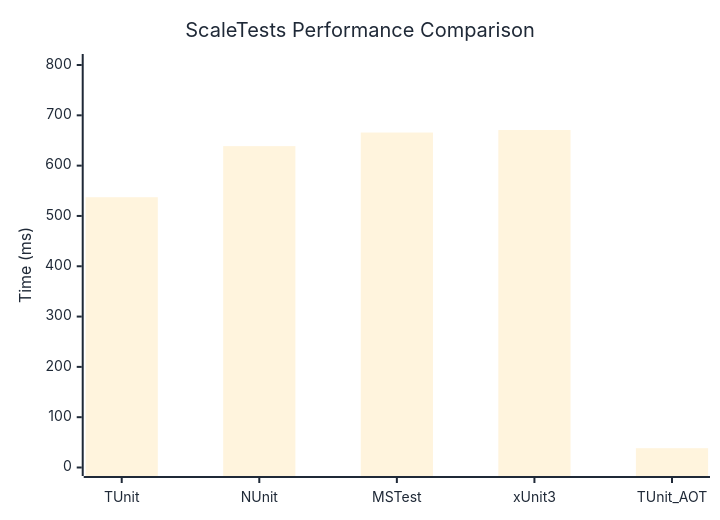
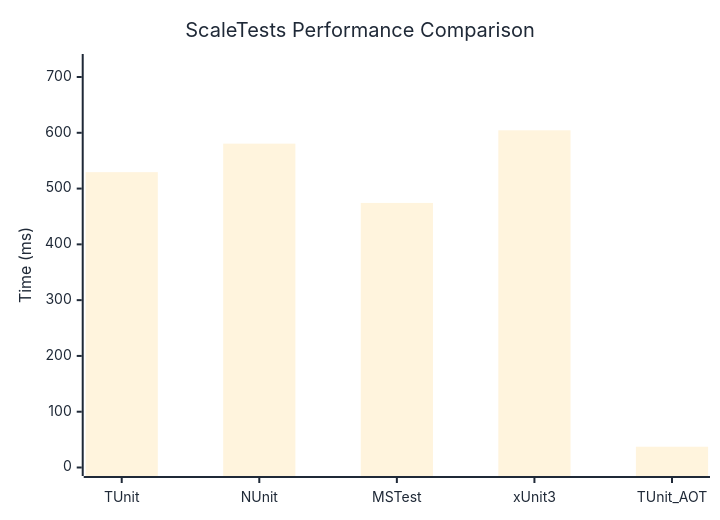
The diagram in docs/docs/benchmarks/ScaleTests.md (thomhurst/TUnit), drawn with Mermaid before and after one commit. The commit also changed other lines of this file and 17 other files, not shown here.

````diff
--- a/docs/docs/benchmarks/ScaleTests.md
+++ b/docs/docs/benchmarks/ScaleTests.md
@@ -27,37 +27,37 @@
 ```mermaid
 %%{init: {
   'theme':'base',
   'themeVariables': {
     'primaryColor': '#2563eb',
     'primaryTextColor': '#1f2937',
     'primaryBorderColor': '#1e40af',
     'lineColor': '#6b7280',
     'secondaryColor': '#7c3aed',
     'tertiaryColor': '#dc2626',
     'background': '#ffffff',
     'mainBkg': '#2563eb',
     'secondBkg': '#7c3aed',
     'tertiaryBkg': '#dc2626',
     'clusterBkg': '#f3f4f6',
     'edgeLabelBackground': '#ffffff',
     'tertiaryTextColor': '#1f2937',
     'pie1': '#2563eb',
     'pie2': '#7c3aed',
     'pie3': '#dc2626',
     'pie4': '#f59e0b',
     'pie5': '#10b981',
     'pie6': '#06b6d4',
     'pie7': '#ec4899',
     'pie8': '#6366f1',
     'pie9': '#84cc16',
     'pie10': '#f97316',
     'pie11': '#14b8a6',
     'pie12': '#a855f7'
   }
 }}%%
 xychart-beta
   title "ScaleTests Performance Comparison"
   x-axis ["TUnit", "NUnit", "MSTest", "xUnit3", "TUnit_AOT"]
-  y-axis "Time (ms)" 0 --> 805
-  bar [537.2, 638.79, 665.79, 670.78, 38.41]
+  y-axis "Time (ms)" 0 --> 726
+  bar [529.43, 580.55, 474.27, 604.44, 37.21]
 ```
````
